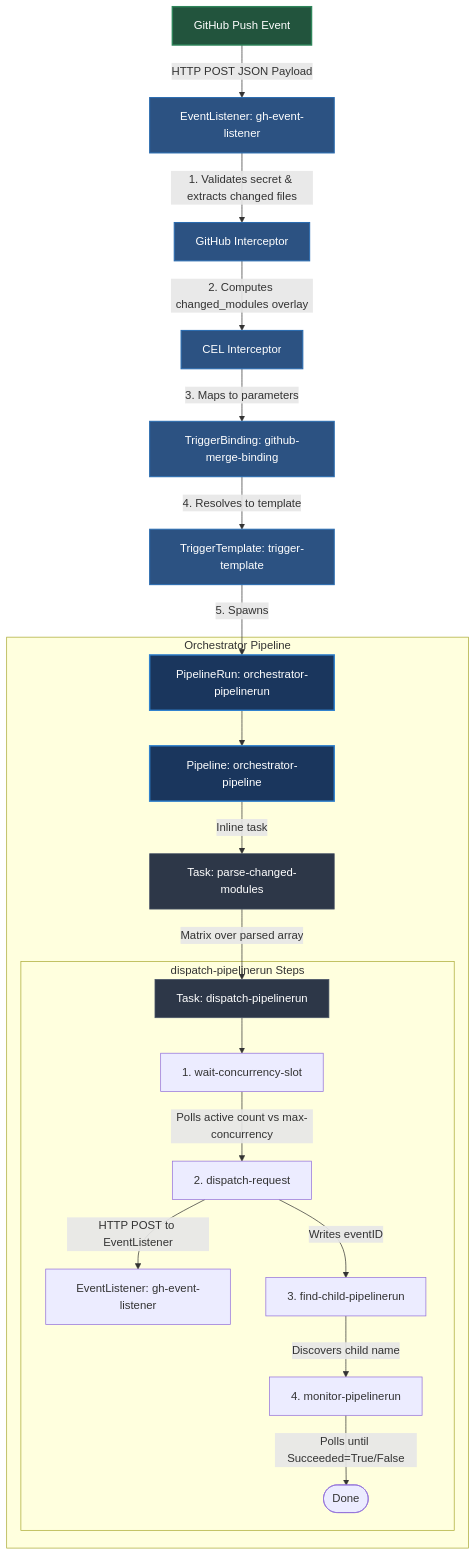
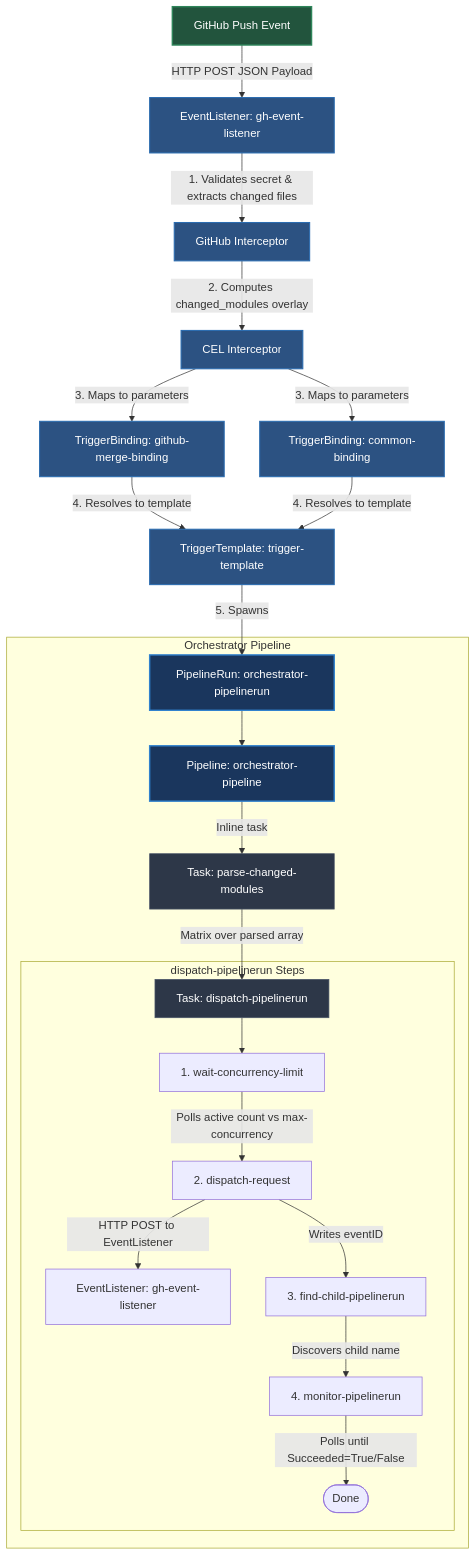
Before and after one commit to khanhcmlab/saritasa-devops-build-samples: the first of 2 diagrams in tekton-platform/README.md, drawn with Mermaid. The commit also changed other lines of this file, not shown here.

````diff
--- a/tekton-platform/README.md
+++ b/tekton-platform/README.md
@@ -32,39 +32,41 @@
 ```mermaid
 flowchart TD
     %% Input / Events
     GitHub[GitHub Push Event] -->|HTTP POST JSON Payload|EL[EventListener: gh-event-listener]
 
     %% Webhook Triggers Processing
     EL -->|1. Validates secret & extracts changed files| GH_Int[GitHub Interceptor]
     GH_Int -->|2. Computes changed_modules overlay| CEL_Int[CEL Interceptor]
     CEL_Int -->|3. Maps to parameters| Bind1[TriggerBinding: github-merge-binding]
+    CEL_Int -->|3. Maps to parameters| BindComm[TriggerBinding: common-binding]
     Bind1 -->|4. Resolves to template| Temp1[TriggerTemplate: trigger-template]
+    BindComm -->|4. Resolves to template| Temp1
     Temp1 -->|5. Spawns| PR1[PipelineRun: orchestrator-pipelinerun]
 
     %% Orchestrator Pipeline
     subgraph Orchestrator Pipeline
         PR1 --> Pipe1[Pipeline: orchestrator-pipeline]
         Pipe1 -->|Inline task| ParseModules[Task: parse-changed-modules]
         ParseModules -->|Matrix over parsed array| Task_Dispatch[Task: dispatch-pipelinerun]
 
         subgraph dispatch-pipelinerun Steps
-            Task_Dispatch --> WaitSlot[1. wait-concurrency-slot]
+            Task_Dispatch --> WaitSlot[1. wait-concurrency-limit]
             WaitSlot -->|Polls active count vs max-concurrency| DispReq[2. dispatch-request]
             DispReq -->|HTTP POST to EventListener| EL_Child[EventListener: gh-event-listener]
             DispReq -->|Writes eventID| FindChild[3. find-child-pipelinerun]
             FindChild -->|Discovers child name| MonitorChild[4. monitor-pipelinerun]
             MonitorChild -->|Polls until Succeeded=True/False| End([Done])
         end
     end
 
     %% Styling
     classDef pipeline fill:#1A365D,stroke:#3182CE,stroke-width:2px,color:#fff
     classDef task fill:#2D3748,stroke:#4A5568,stroke-width:1px,color:#fff
     classDef trigger fill:#2C5282,stroke:#2B6CB0,stroke-width:1.5px,color:#fff
     classDef input fill:#22543D,stroke:#2F855A,stroke-width:2px,color:#fff
 
     class PR1,Pipe1 pipeline
     class Task_Dispatch,ParseModules task
-    class EL,GH_Int,CEL_Int,Bind1,Temp1 trigger
+    class EL,GH_Int,CEL_Int,Bind1,BindComm,Temp1 trigger
     class GitHub,Webhook input
 ```
````
